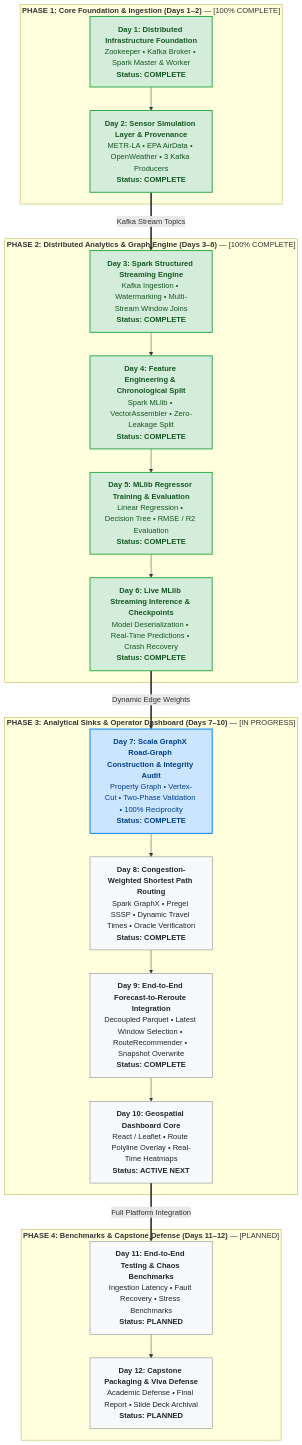
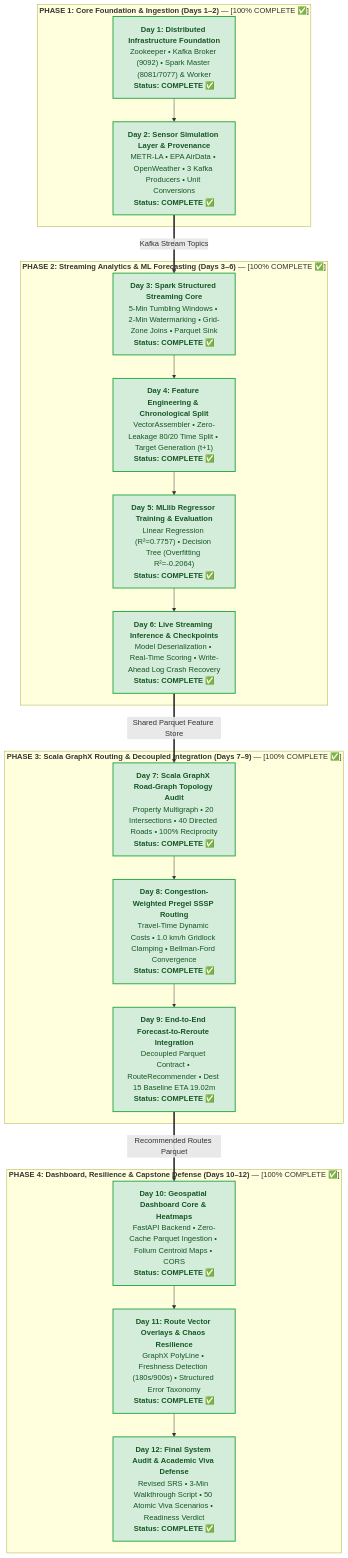
One commit to charan21042005/urbanix changed the diagram in _day-notes/README.md. Above: the diagram before and after it, drawn with Mermaid. The commit also changed other lines of this file, not shown here.

Commit message:
docs(notes): update _day-notes/README.md from top to bottom with full 12-day milestone retrospectives and badges

````diff
--- a/_day-notes/README.md
+++ b/_day-notes/README.md
@@ -23,53 +31,53 @@
 ```mermaid
 graph TD
     %% Phase 1: Core Foundation & Ingestion
-    subgraph P1["<b>PHASE 1: Core Foundation & Ingestion (Days 1–2)</b> — [100% COMPLETE]"]
-        D1["<b>Day 1: Distributed Infrastructure Foundation</b><br>Zookeeper • Kafka Broker • Spark Master & Worker<br><b>Status: COMPLETE</b>"]
-        D2["<b>Day 2: Sensor Simulation Layer & Provenance</b><br>METR-LA • EPA AirData • OpenWeather • 3 Kafka Producers<br><b>Status: COMPLETE</b>"]
+    subgraph P1["<b>PHASE 1: Core Foundation & Ingestion (Days 1–2)</b> — [100% COMPLETE ✅]"]
+        D1["<b>Day 1: Distributed Infrastructure Foundation</b><br>Zookeeper • Kafka Broker (9092) • Spark Master (8081/7077) & Worker<br><b>Status: COMPLETE ✅</b>"]
+        D2["<b>Day 2: Sensor Simulation Layer & Provenance</b><br>METR-LA • EPA AirData • OpenWeather • 3 Kafka Producers • Unit Conversions<br><b>Status: COMPLETE ✅</b>"]
         D1 --> D2
     end
 
-    %% Phase 2: Distributed Analytics & Graph Engine
-    subgraph P2["<b>PHASE 2: Distributed Analytics & Graph Engine (Days 3–6)</b> — [100% COMPLETE]"]
-        D3["<b>Day 3: Spark Structured Streaming Engine</b><br>Kafka Ingestion • Watermarking • Multi-Stream Window Joins<br><b>Status: COMPLETE</b>"]
-        D4["<b>Day 4: Feature Engineering & Chronological Split</b><br>Spark MLlib • VectorAssembler • Zero-Leakage Split<br><b>Status: COMPLETE</b>"]
-        D5["<b>Day 5: MLlib Regressor Training & Evaluation</b><br>Linear Regression • Decision Tree • RMSE / R2 Evaluation<br><b>Status: COMPLETE</b>"]
-        D6["<b>Day 6: Live MLlib Streaming Inference & Checkpoints</b><br>Model Deserialization • Real-Time Predictions • Crash Recovery<br><b>Status: COMPLETE</b>"]
+    %% Phase 2: Distributed Analytics & ML Forecasting
+    subgraph P2["<b>PHASE 2: Streaming Analytics & ML Forecasting (Days 3–6)</b> — [100% COMPLETE ✅]"]
+        D3["<b>Day 3: Spark Structured Streaming Core</b><br>5-Min Tumbling Windows • 2-Min Watermarking • Grid-Zone Joins • Parquet Sink<br><b>Status: COMPLETE ✅</b>"]
+        D4["<b>Day 4: Feature Engineering & Chronological Split</b><br>VectorAssembler • Zero-Leakage 80/20 Time Split • Target Generation (t+1)<br><b>Status: COMPLETE ✅</b>"]
+        D5["<b>Day 5: MLlib Regressor Training & Evaluation</b><br>Linear Regression (R²=0.7757) • Decision Tree (Overfitting R²=-0.2064)<br><b>Status: COMPLETE ✅</b>"]
+        D6["<b>Day 6: Live Streaming Inference & Checkpoints</b><br>Model Deserialization • Real-Time Scoring • Write-Ahead Log Crash Recovery<br><b>Status: COMPLETE ✅</b>"]
         D3 --> D4 --> D5 --> D6
     end
 
-    %% Phase 3: Analytical Sinks & Operator Dashboard
-    subgraph P3["<b>PHASE 3: Analytical Sinks & Operator Dashboard (Days 7–10)</b> — [IN PROGRESS]"]
-        D7["<b>Day 7: Scala GraphX Road-Graph Construction & Integrity Audit</b><br>Property Graph • Vertex-Cut • Two-Phase Validation • 100% Reciprocity<br><b>Status: COMPLETE</b>"]
-        D8["<b>Day 8: Congestion-Weighted Shortest Path Routing</b><br>Spark GraphX • Pregel SSSP • Dynamic Travel Times • Oracle Verification<br><b>Status: COMPLETE</b>"]
-        D9["<b>Day 9: End-to-End Forecast-to-Reroute Integration</b><br>Decoupled Parquet • Latest Window Selection • RouteRecommender • Snapshot Overwrite<br><b>Status: COMPLETE</b>"]
-        D10["<b>Day 10: Geospatial Dashboard Core</b><br>React / Leaflet • Route Polyline Overlay • Real-Time Heatmaps<br><b>Status: ACTIVE NEXT</b>"]
-        D7 --> D8 --> D9 --> D10
+    %% Phase 3: Scala GraphX Routing & Integration
+    subgraph P3["<b>PHASE 3: Scala GraphX Routing & Decoupled Integration (Days 7–9)</b> — [100% COMPLETE ✅]"]
+        D7["<b>Day 7: Scala GraphX Road-Graph Topology Audit</b><br>Property Multigraph • 20 Intersections • 40 Directed Roads • 100% Reciprocity<br><b>Status: COMPLETE ✅</b>"]
+        D8["<b>Day 8: Congestion-Weighted Pregel SSSP Routing</b><br>Travel-Time Dynamic Costs • 1.0 km/h Gridlock Clamping • Bellman-Ford Convergence<br><b>Status: COMPLETE ✅</b>"]
+        D9["<b>Day 9: End-to-End Forecast-to-Reroute Integration</b><br>Decoupled Parquet Contract • RouteRecommender • Dest 15 Baseline ETA 19.02m<br><b>Status: COMPLETE ✅</b>"]
+        D7 --> D8 --> D9
     end
 
-    %% Phase 4: Benchmarks & Defense
-    subgraph P4["<b>PHASE 4: Benchmarks & Capstone Defense (Days 11–12)</b> — [PLANNED]"]
-        D11["<b>Day 11: End-to-End Testing & Chaos Benchmarks</b><br>Ingestion Latency • Fault Recovery • Stress Benchmarks<br><b>Status: PLANNED</b>"]
-        D12["<b>Day 12: Capstone Packaging & Viva Defense</b><br>Academic Defense • Final Report • Slide Deck Archival<br><b>Status: PLANNED</b>"]
-        D11 --> D12
+    %% Phase 4: Dashboard, Resilience & Academic Defense
+    subgraph P4["<b>PHASE 4: Dashboard, Resilience & Capstone Defense (Days 10–12)</b> — [100% COMPLETE ✅]"]
+        D10["<b>Day 10: Geospatial Dashboard Core & Heatmaps</b><br>FastAPI Backend • Zero-Cache Parquet Ingestion • Folium Centroid Maps • CORS<br><b>Status: COMPLETE ✅</b>"]
+        D11["<b>Day 11: Route Vector Overlays & Chaos Resilience</b><br>GraphX PolyLine • Freshness Detection (180s/900s) • Structured Error Taxonomy<br><b>Status: COMPLETE ✅</b>"]
+        D12["<b>Day 12: Final System Audit & Academic Viva Defense</b><br>Revised SRS • 3-Min Walkthrough Script • 50 Atomic Viva Scenarios • Readiness Verdict<br><b>Status: COMPLETE ✅</b>"]
+        D10 --> D11 --> D12
     end
 
     %% Inter-Phase Transitions
     D2 ==>|Kafka Stream Topics| D3
-    D6 ==>|Dynamic Edge Weights| D7
-    D10 ==>|Full Platform Integration| D11
+    D6 ==>|Shared Parquet Feature Store| D7
+    D9 ==>|Recommended Routes Parquet| D10
 
-    %% Explicit High-Contrast Styling (Guaranteed Readability in Light & Dark Themes)
+    %% High-Contrast Theme Styling
     style D1 fill:#d4edda,stroke:#28a745,stroke-width:2px,color:#155724
     style D2 fill:#d4edda,stroke:#28a745,stroke-width:2px,color:#155724
     style D3 fill:#d4edda,stroke:#28a745,stroke-width:2px,color:#155724
     style D4 fill:#d4edda,stroke:#28a745,stroke-width:2px,color:#155724
     style D5 fill:#d4edda,stroke:#28a745,stroke-width:2px,color:#155724
     style D6 fill:#d4edda,stroke:#28a745,stroke-width:2px,color:#155724
-    style D7 fill:#cce5ff,stroke:#007bff,stroke-width:2px,color:#004085
-    style D8 fill:#f8f9fa,stroke:#6c757d,stroke-width:1px,color:#212529
-    style D9 fill:#f8f9fa,stroke:#6c757d,stroke-width:1px,color:#212529
-    style D10 fill:#f8f9fa,stroke:#6c757d,stroke-width:1px,color:#212529
-    style D11 fill:#f8f9fa,stroke:#6c757d,stroke-width:1px,color:#212529
-    style D12 fill:#f8f9fa,stroke:#6c757d,stroke-width:1px,color:#212529
+    style D7 fill:#d4edda,stroke:#28a745,stroke-width:2px,color:#155724
+    style D8 fill:#d4edda,stroke:#28a745,stroke-width:2px,color:#155724
+    style D9 fill:#d4edda,stroke:#28a745,stroke-width:2px,color:#155724
+    style D10 fill:#d4edda,stroke:#28a745,stroke-width:2px,color:#155724
+    style D11 fill:#d4edda,stroke:#28a745,stroke-width:2px,color:#155724
+    style D12 fill:#d4edda,stroke:#28a745,stroke-width:2px,color:#155724
 ```
````
